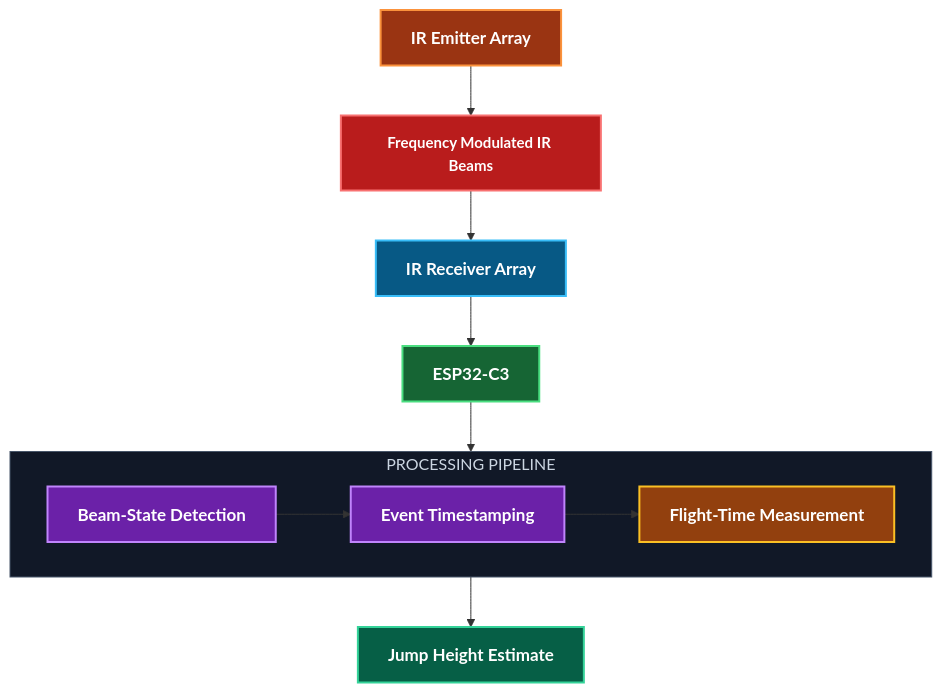
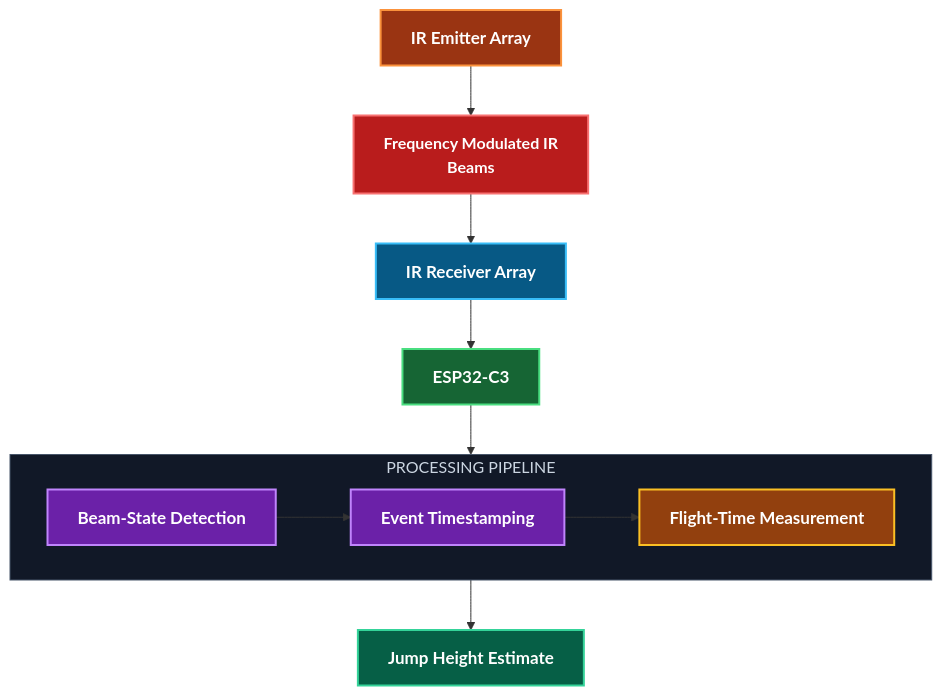
One commit to ah-789/optical-jump-measurement-system changed the diagram in README.md. Above: the diagram before and after it, drawn with Mermaid.

````diff
--- a/README.md
+++ b/README.md
@@ -18,36 +18,36 @@
 ```mermaid
 flowchart TD
 
     A[IR Emitter Array]:::emitter
-    H[Frequency Modulated IR Beams]:::beam
+    H["Frequency Modulated IR <br/> Beams"]:::beam  
     B[IR Receiver Array]:::receiver
     C[ESP32-C3]:::controller
     G[Jump Height Estimate]:::output
 
     subgraph PIPELINE["PROCESSING PIPELINE"]
         direction LR
 
         D[Beam-State Detection]:::processing
         E[Event Timestamping]:::processing
         F[Flight-Time Measurement]:::measurement
 
         D --> E --> F
     end
 
     A --> H
     H --> B
     B --> C
 
     C --> PIPELINE
     PIPELINE --> G
 
     classDef emitter fill:#9A3412,stroke:#FB923C,stroke-width:2px,color:#FFFFFF,font-size:17px,font-weight:bold;
-    classDef beam fill:#B91C1C,stroke:#F87171,stroke-width:2px,color:#FFFFFF,font-size:15px,font-weight:bold,font-size:12;
+    classDef beam fill:#B91C1C,stroke:#F87171,stroke-width:2px,color:#FFFFFF,font-size:12x,font-weight:bold;
     classDef receiver fill:#075985,stroke:#38BDF8,stroke-width:2px,color:#FFFFFF,font-size:17px,font-weight:bold;
     classDef controller fill:#166534,stroke:#4ADE80,stroke-width:2px,color:#FFFFFF,font-size:17px,font-weight:bold;
     classDef processing fill:#6B21A8,stroke:#C084FC,stroke-width:2px,color:#FFFFFF,font-size:17px,font-weight:bold;
     classDef measurement fill:#92400E,stroke:#FBBF24,stroke-width:2px,color:#FFFFFF,font-size:17px,font-weight:bold;
     classDef output fill:#065F46,stroke:#34D399,stroke-width:2px,color:#FFFFFF,font-size:17px,font-weight:bold;
 
     style PIPELINE fill:#111827,stroke:#475569,stroke-width:1px,color:#CBD5E1
 ```
````
